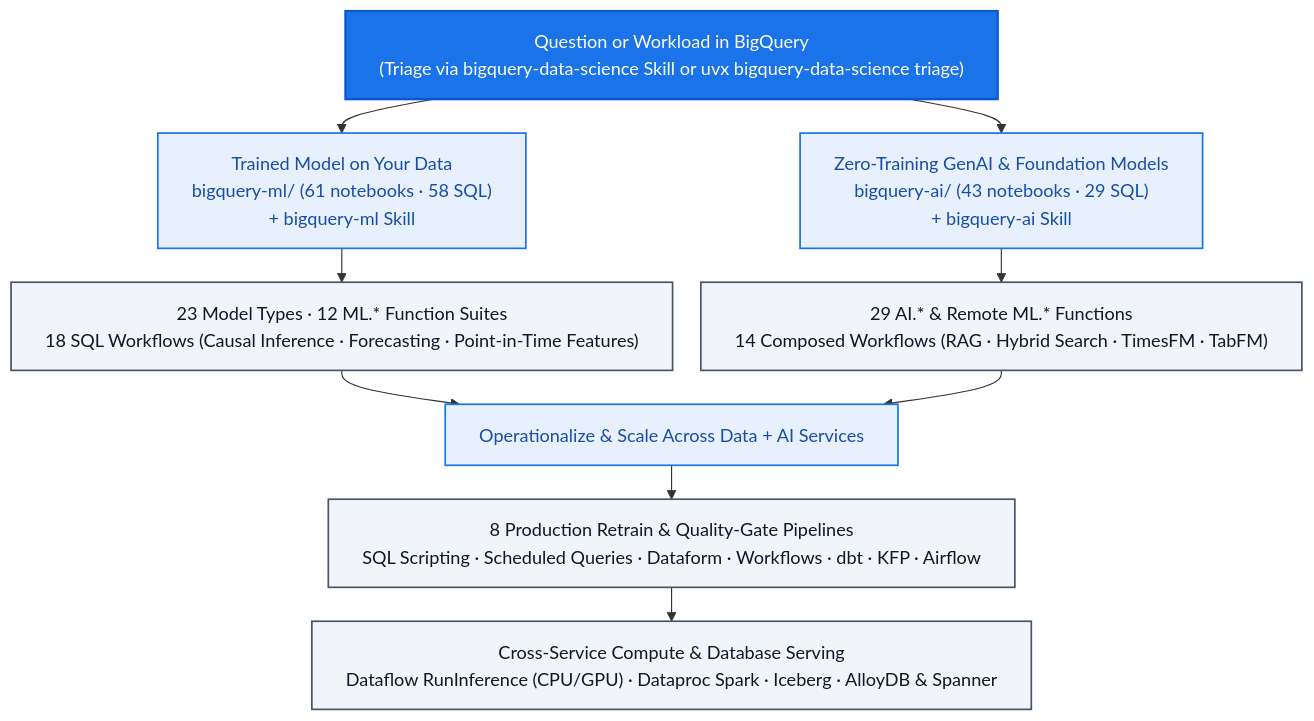
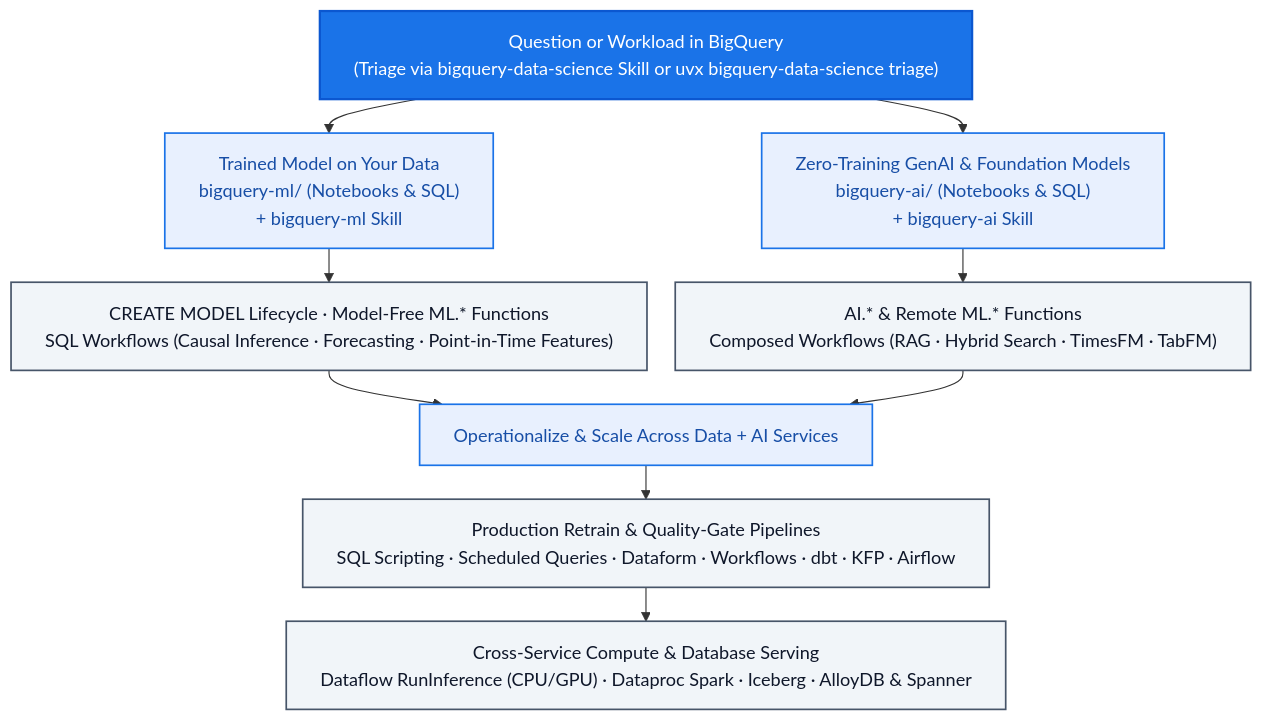
Before and after one commit to statmike/gcp-mlops: the diagram in data+ai/readme.md, drawn with Mermaid. The commit also changed other lines of this file and 5 other files, not shown here.

````diff
--- a/data+ai/readme.md
+++ b/data+ai/readme.md
@@ -51,20 +51,20 @@
 ```mermaid
 %%{init: {'flowchart': {'wrappingWidth': 650, 'nodeSpacing': 25, 'rankSpacing': 30}}}%%
 flowchart TD
     Q["Question or Workload in BigQuery<br/>(Triage via bigquery-data-science Skill or uvx bigquery-data-science triage)"]
-    Q --> PathA["Trained Model on Your Data<br/>bigquery-ml/ (61 notebooks · 58 SQL)<br/>+ bigquery-ml Skill"]
-    Q --> PathB["Zero-Training GenAI & Foundation Models<br/>bigquery-ai/ (43 notebooks · 29 SQL)<br/>+ bigquery-ai Skill"]
-    PathA --> Models["23 Model Types · 12 ML.* Function Suites<br/>18 SQL Workflows (Causal Inference · Forecasting · Point-in-Time Features)"]
-    PathB --> Functions["29 AI.* & Remote ML.* Functions<br/>14 Composed Workflows (RAG · Hybrid Search · TimesFM · TabFM)"]
+    Q --> PathA["Trained Model on Your Data<br/>bigquery-ml/ (Notebooks & SQL)<br/>+ bigquery-ml Skill"]
+    Q --> PathB["Zero-Training GenAI & Foundation Models<br/>bigquery-ai/ (Notebooks & SQL)<br/>+ bigquery-ai Skill"]
+    PathA --> Models["CREATE MODEL Lifecycle · Model-Free ML.* Functions<br/>SQL Workflows (Causal Inference · Forecasting · Point-in-Time Features)"]
+    PathB --> Functions["AI.* & Remote ML.* Functions<br/>Composed Workflows (RAG · Hybrid Search · TimesFM · TabFM)"]
     Models --> Scale["Operationalize & Scale Across Data + AI Services"]
     Functions --> Scale
-    Scale --> Pipelines["8 Production Retrain & Quality-Gate Pipelines<br/>SQL Scripting · Scheduled Queries · Dataform · Workflows · dbt · KFP · Airflow"]
+    Scale --> Pipelines["Production Retrain & Quality-Gate Pipelines<br/>SQL Scripting · Scheduled Queries · Dataform · Workflows · dbt · KFP · Airflow"]
     Pipelines --> Cross["Cross-Service Compute & Database Serving<br/>Dataflow RunInference (CPU/GPU) · Dataproc Spark · Iceberg · AlloyDB & Spanner"]
 
     classDef top fill:#1a73e8,stroke:#0b57d0,stroke-width:2px,color:#ffffff
     classDef branch fill:#e8f0fe,stroke:#1a73e8,stroke-width:1.5px,color:#174ea6
     classDef detail fill:#f1f5f9,stroke:#475569,stroke-width:1.5px,color:#0f172a
     class Q top
     class PathA,PathB,Scale branch
     class Models,Functions,Pipelines,Cross detail
 ```
````
